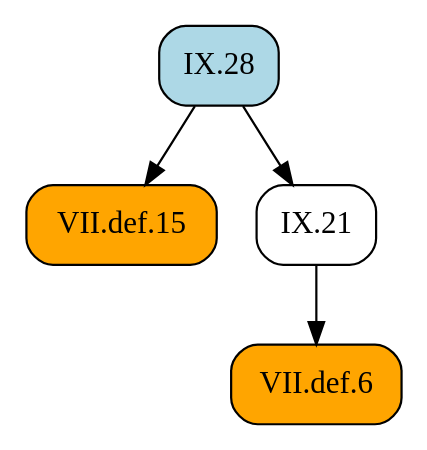
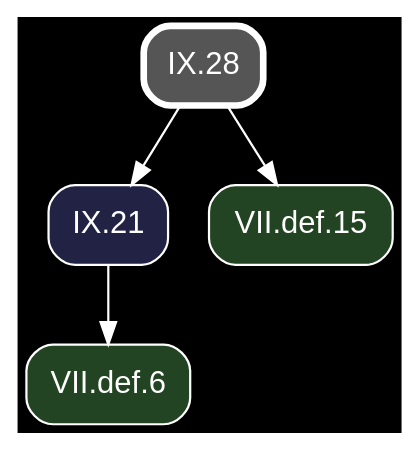
The diagram in docsrc/heath/IX/28/index.rst (geometor/elements), drawn with Graphviz before and after one commit. The commit also changed other lines of this file and 1200 other files, not shown here.

Commit message:
update dependency graphs

```diff
--- a/docsrc/heath/IX/28/index.rst
+++ b/docsrc/heath/IX/28/index.rst
@@ -32,13 +32,15 @@
 .. graphviz::
 
    digraph {
+     bgcolor="black";
+     node [shape=box, style="rounded,filled", fontname="Helvetica", color="white", fontcolor="white"];
+     edge [color="white", fontcolor="white"];
      rankdir="TB";
-     node [shape=box, style=rounded];
-     "VII.def.15" [style="rounded,filled", fillcolor=orange, URL="/heath/VII/def.15/", target="_top"];
-     "VII.def.6" [style="rounded,filled", fillcolor=orange, URL="/heath/VII/def.6/", target="_top"];
-     "IX.21" [URL="/heath/IX/21/", target="_top"];
-     "IX.28" [style="rounded,filled", fillcolor=lightblue, URL="/heath/IX/28/", target="_top"];
+     "IX.21" [fillcolor="#222244", URL="/heath/IX/21/", target="_top"];
+     "IX.28" [penwidth=3, color="white", fillcolor="#555555", URL="/heath/IX/28/", target="_top"];
+     "VII.def.15" [fillcolor="#224422", URL="/heath/VII/def.15/", target="_top"];
+     "VII.def.6" [fillcolor="#224422", URL="/heath/VII/def.6/", target="_top"];
+     "IX.28" -> "IX.21";
      "IX.28" -> "VII.def.15";
      "IX.21" -> "VII.def.6";
-     "IX.28" -> "IX.21";
    }
```
